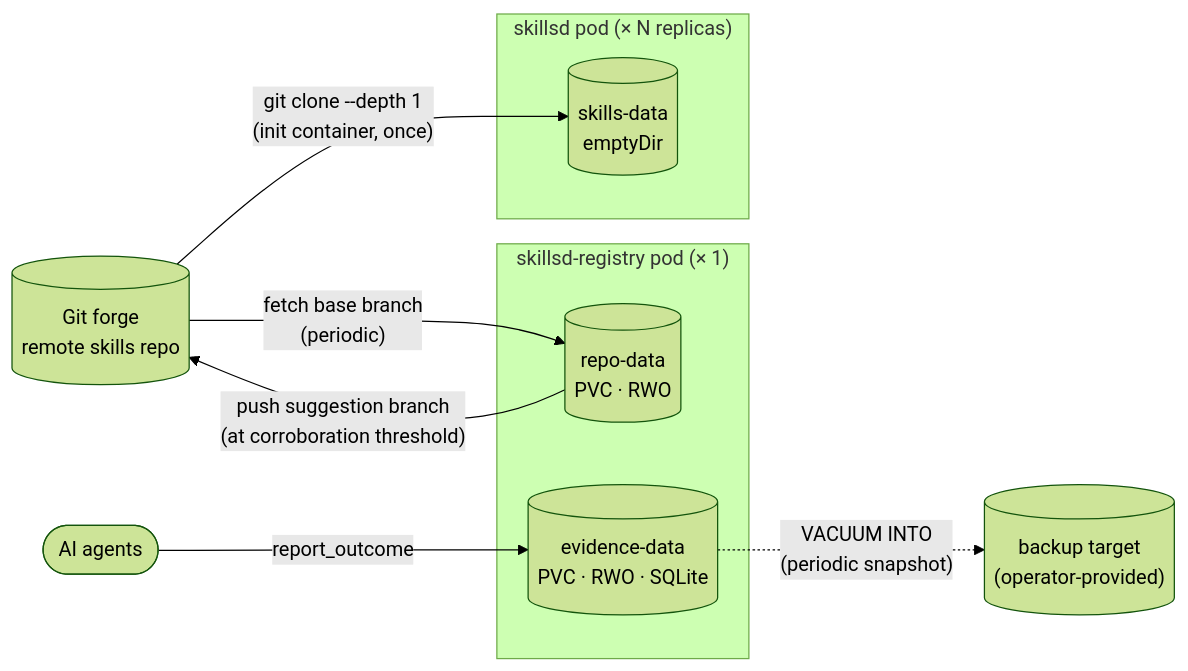
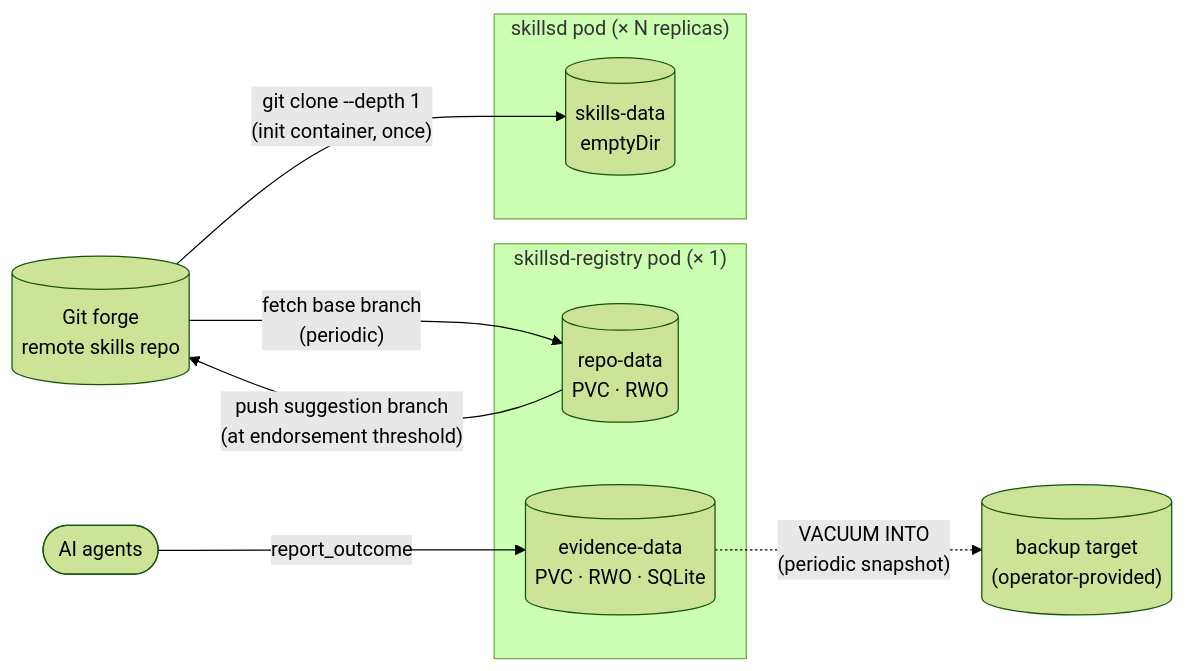
Before and after one commit to araghukas/skillset: the diagram in docs/data-stores.md, drawn with Mermaid (forest theme). The commit also changed other lines of this file and 25 other files, not shown here.

````diff
--- a/docs/data-stores.md
+++ b/docs/data-stores.md
@@ -7,19 +7,19 @@
 ```mermaid
 flowchart LR
   GH[("Git forge\nremote skills repo")]
 
   subgraph Pod1["skillsd pod (× N replicas)"]
     SV1[("skills-data\nemptyDir")]
   end
 
   subgraph RegPod["skillsd-registry pod (× 1)"]
     RV[("repo-data\nPVC · RWO")]
     EV[("evidence-data\nPVC · RWO · SQLite")]
   end
 
   GH -- "git clone --depth 1\n(init container, once)" --> SV1
   GH -- "fetch base branch\n(periodic)" --> RV
-  RV -- "push suggestion branch\n(at corroboration threshold)" --> GH
+  RV -- "push suggestion branch\n(at endorsement threshold)" --> GH
   Agents(["AI agents"]) -- "report_outcome" --> EV
   EV -. "VACUUM INTO\n(periodic snapshot)" .-> Backup[("backup target\n(operator-provided)")]
 ```
````
